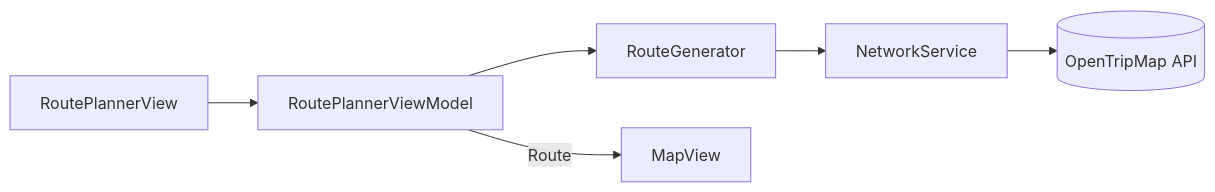
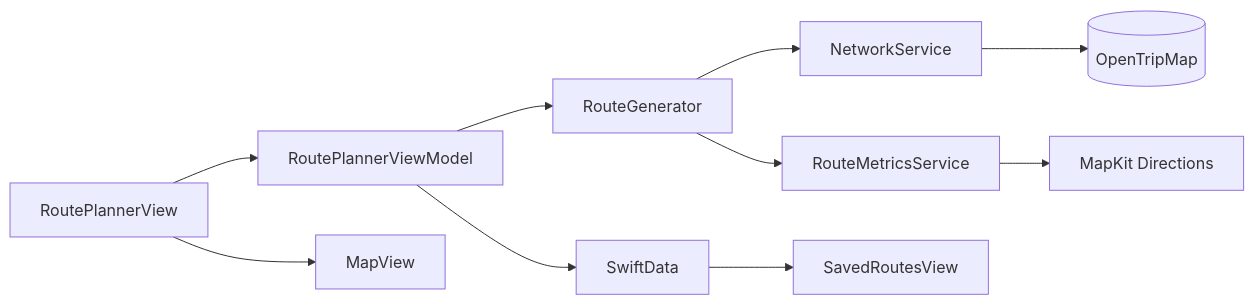
One commit to Kolya-Sudak-fr/NatureRouteAI changed the diagram in README.md. Above: the diagram before and after it, drawn with Mermaid. The commit also changed other lines of this file and 23 other files, not shown here.

````diff
--- a/README.md
+++ b/README.md
@@ -37,8 +46,12 @@
 ```mermaid
 flowchart LR
     V[RoutePlannerView] --> VM[RoutePlannerViewModel]
     VM --> RG[RouteGenerator]
     RG --> NS[NetworkService]
-    NS --> API[(OpenTripMap API)]
-    VM -- Route --> M[MapView]
+    NS --> API[(OpenTripMap)]
+    RG --> RM[RouteMetricsService]
+    RM --> MK[MapKit Directions]
+    VM --> SD[SwiftData]
+    SD --> SR[SavedRoutesView]
+    V --> M[MapView]
 ```
````
